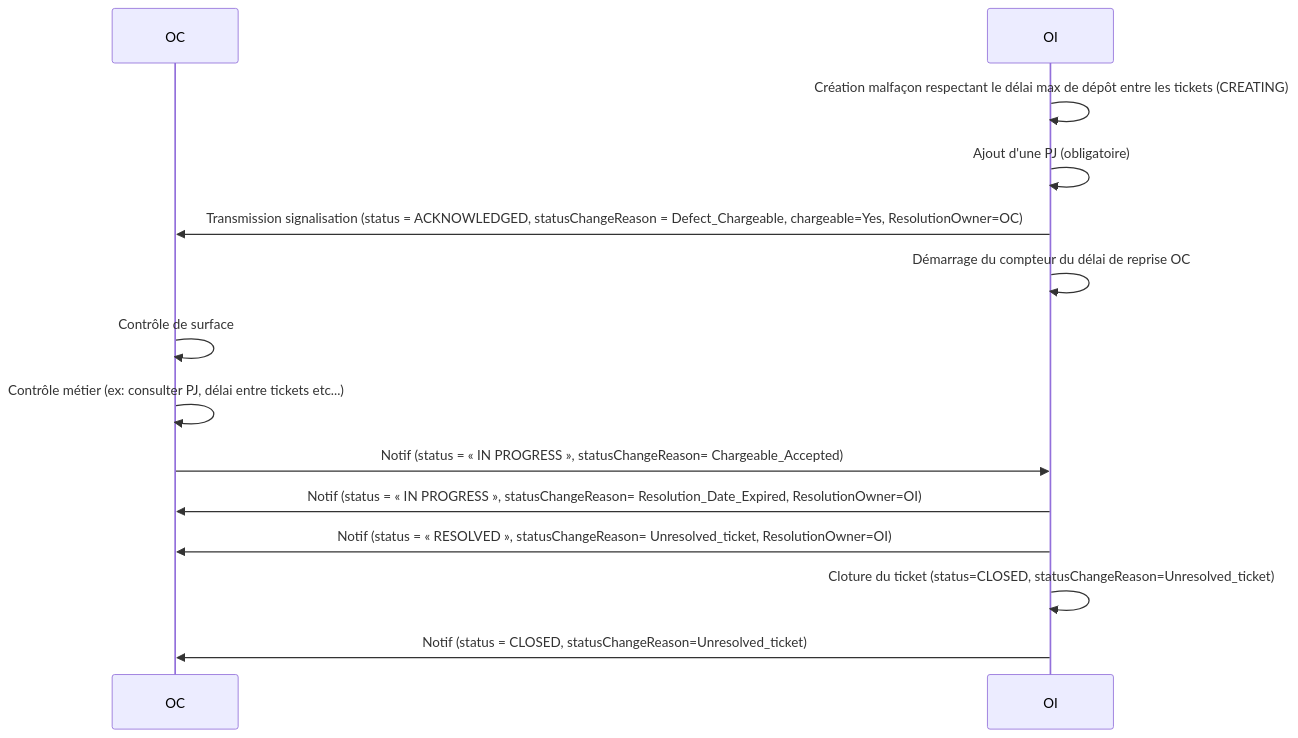
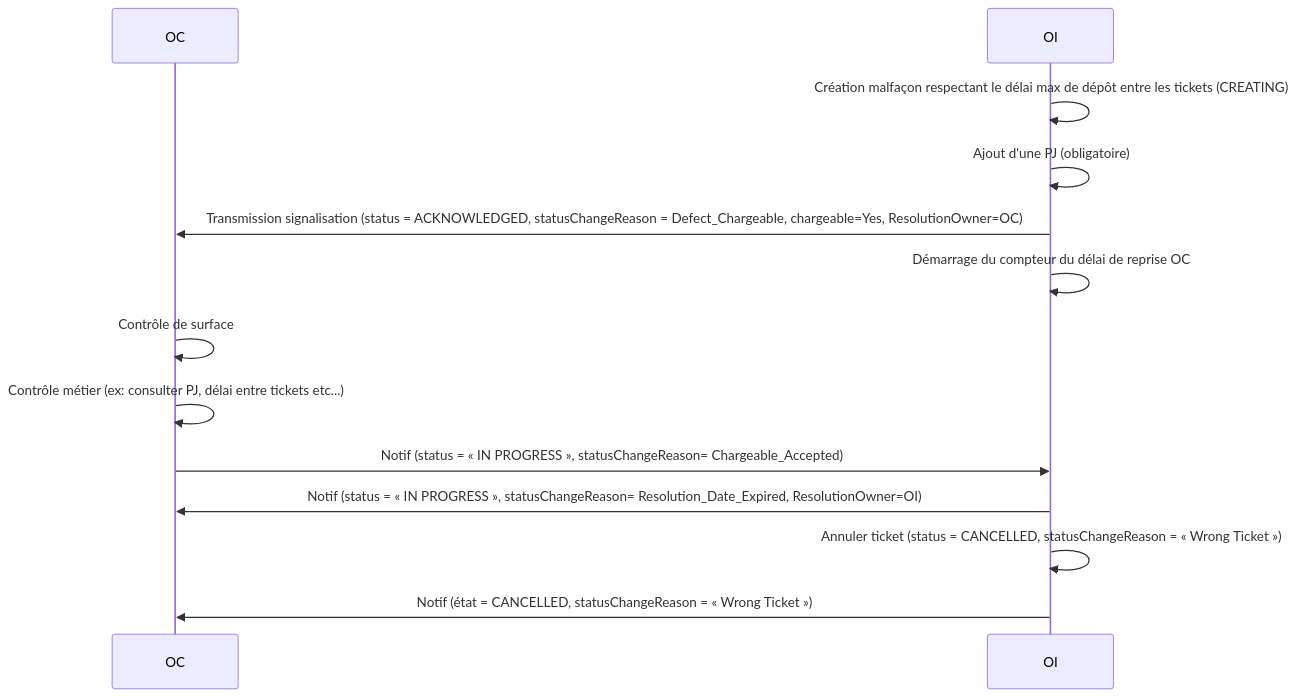
The sixth of 12 diagrams in README.md (before-interop/malfacon), drawn with Mermaid before and after one commit. The commit also changed other lines of this file, not shown here.

````diff
--- a/README.md
+++ b/README.md
@@ -422,18 +431,17 @@
 ```mermaid
 sequenceDiagram
 
   participant OC
   participant OI
 
   OI->>OI: Création malfaçon respectant le délai max de dépôt entre les tickets (CREATING)
   OI->>OI: Ajout d'une PJ (obligatoire)
   OI->>OC: Transmission signalisation (status = ACKNOWLEDGED, statusChangeReason = Defect_Chargeable, chargeable=Yes, ResolutionOwner=OC)
   OI->>OI: Démarrage du compteur du délai de reprise OC
   OC->>OC: Contrôle de surface
   OC->>OC: Contrôle métier (ex: consulter PJ, délai entre tickets etc...)
   OC->>OI: Notif (status = « IN PROGRESS », statusChangeReason= Chargeable_Accepted)
   OI->>OC: Notif (status = « IN PROGRESS », statusChangeReason= Resolution_Date_Expired, ResolutionOwner=OI)
-  OI->>OC: Notif (status = « RESOLVED », statusChangeReason= Unresolved_ticket, ResolutionOwner=OI)
-  OI->>OI: Cloture du ticket (status=CLOSED, statusChangeReason=Unresolved_ticket)
-  OI->>OC: Notif (status = CLOSED, statusChangeReason=Unresolved_ticket)
+  OI->>OI: Annuler ticket (status = CANCELLED, statusChangeReason = « Wrong Ticket »)
+  OI->>OC: Notif (état = CANCELLED, statusChangeReason = « Wrong Ticket »)
 ```
````
